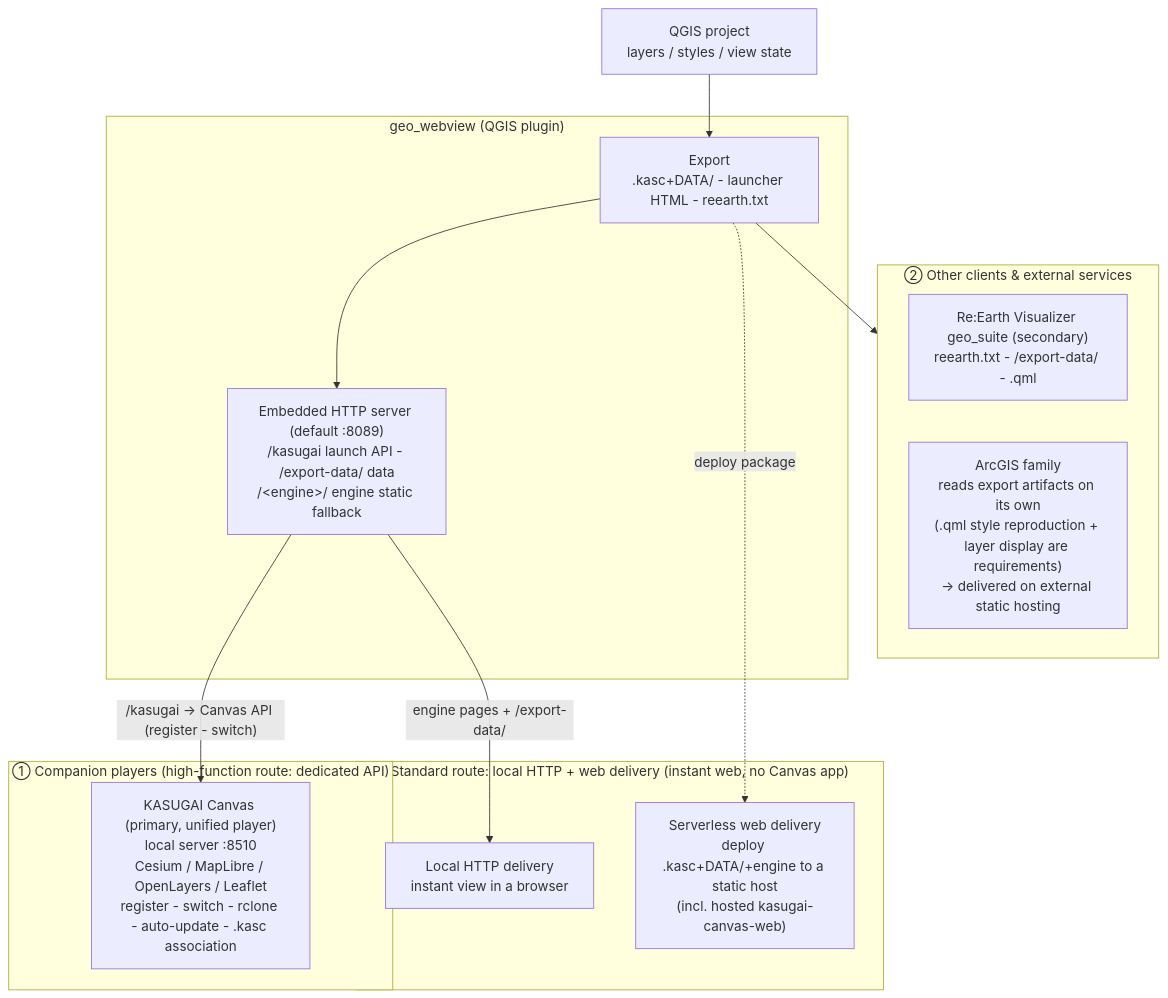
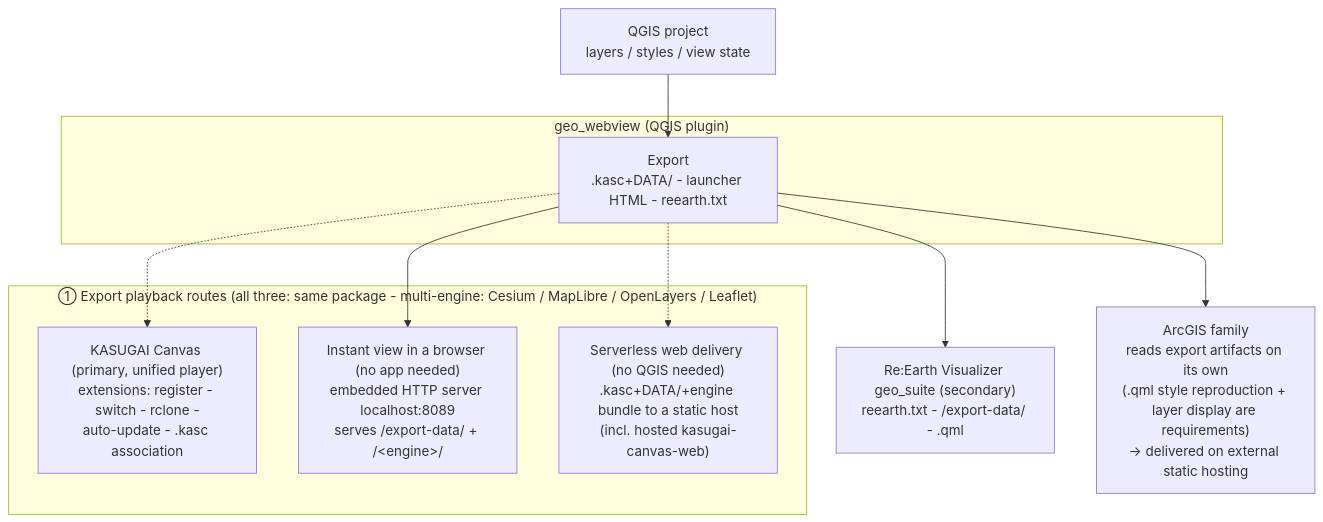
Before and after one commit to yamamoto-ryuzo/qgis_live_harness: the diagram in qgis-plugin/geo_webview/README.md, drawn with Mermaid. The commit also changed 17 other files, not shown here.

First line of the commit message:
geo_webview: emit_zip 追加＋連携構成図のパッケージ流れを修正(3.31.0)

````diff
--- a/qgis-plugin/geo_webview/README.md
+++ b/qgis-plugin/geo_webview/README.md
@@ -143,30 +143,24 @@
 ```mermaid
 flowchart TB
     QGIS["QGIS project<br>layers / styles / view state"]
 
     subgraph GWBOX["geo_webview (QGIS plugin)"]
         GW["Export<br>.kasc+DATA/ - launcher HTML - reearth.txt"]
-        SRV["Embedded HTTP server (default :8089)<br>/kasugai launch API - /export-data/ data<br>/&lt;engine&gt;/ engine static fallback"]
     end
 
-    subgraph G1["① Companion players (high-function route: dedicated API)"]
-        KC["KASUGAI Canvas (primary, unified player)<br>local server :8510<br>Cesium / MapLibre / OpenLayers / Leaflet<br>register - switch - rclone - auto-update - .kasc association"]
+    subgraph PLAY["① Export playback routes (all three: same package - multi-engine: Cesium / MapLibre / OpenLayers / Leaflet)"]
+        KC["KASUGAI Canvas (primary, unified player)<br>extensions: register - switch - rclone -<br>auto-update - .kasc association"]
+        BR["Instant view in a browser (no app needed)<br>embedded HTTP server localhost:8089<br>serves /export-data/ + /&lt;engine&gt;/"]
+        HOST["Serverless web delivery (no QGIS needed)<br>.kasc+DATA/+engine bundle to a static host<br>(incl. hosted kasugai-canvas-web)"]
     end
 
-    subgraph NORM["Standard route: local HTTP + web delivery (instant web, no Canvas app)"]
-        BR["Local HTTP delivery<br>instant view in a browser"]
-        HOST["Serverless web delivery<br>deploy .kasc+DATA/+engine to a static host<br>(incl. hosted kasugai-canvas-web)"]
-    end
-
-    subgraph G2["② Other clients & external services"]
-        RE["Re:Earth Visualizer geo_suite (secondary)<br>reearth.txt - /export-data/ - .qml"]
-        AG["ArcGIS family<br>reads export artifacts on its own<br>(.qml style reproduction + layer display are requirements)<br>→ delivered on external static hosting"]
-    end
+    RE["Re:Earth Visualizer geo_suite (secondary)<br>reearth.txt - /export-data/ - .qml"]
+    AG["ArcGIS family<br>reads export artifacts on its own<br>(.qml style reproduction + layer display are requirements)<br>→ delivered on external static hosting"]
 
     QGIS --> GW
-    GW --> SRV
-    SRV -->|"/kasugai → Canvas API (register - switch)"| KC
-    SRV -->|"engine pages + /export-data/"| BR
-    GW -.->|"deploy package"| HOST
-    GW --> G2
+    GW -.-> KC
+    GW --> BR
+    GW -.-> HOST
+    GW --> RE
+    GW --> AG
 ```
````
